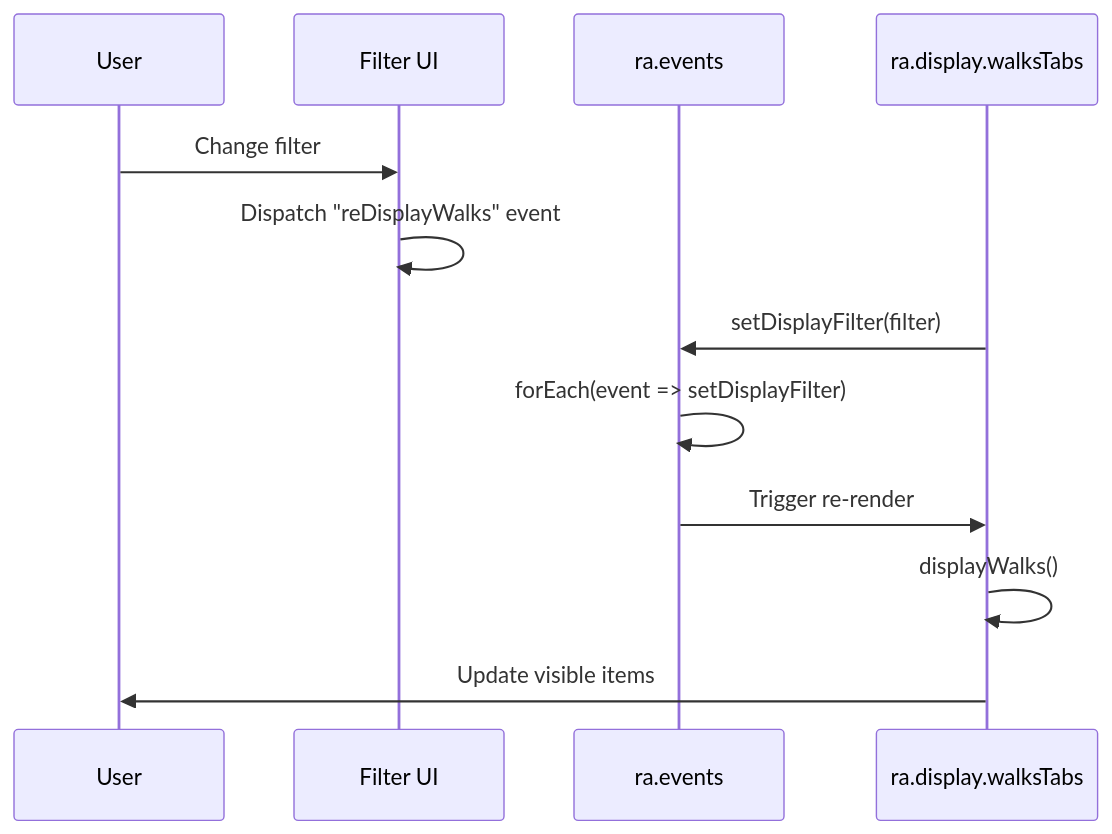
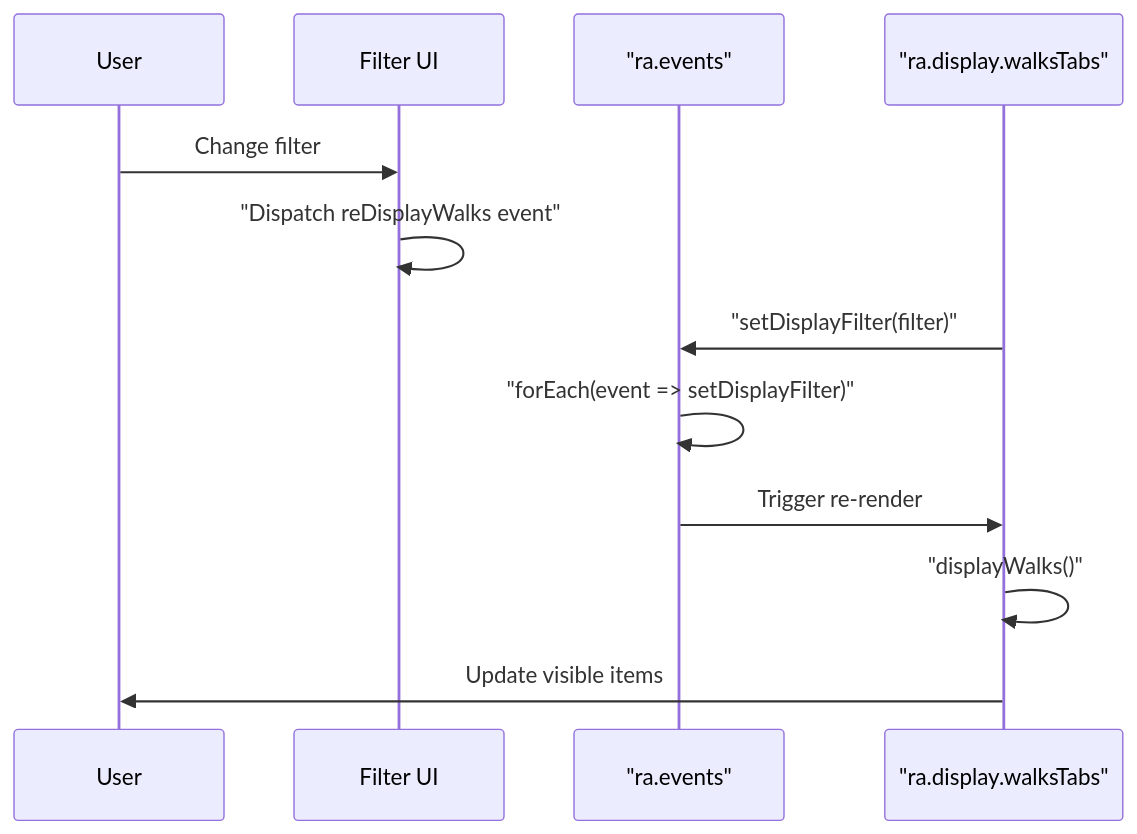
One commit to pauljrhodes/ramblers-library changed the fourth of 5 diagrams in media/jsonwalks/HLD.md. Above: the diagram before and after it, drawn with Mermaid. The commit also changed other lines of this file and 33 other files, not shown here.

First line of the commit message:
Normalize Mermaid diagrams for GitHub rendering (#13)

````diff
--- a/media/jsonwalks/HLD.md
+++ b/media/jsonwalks/HLD.md
@@ -249,15 +249,15 @@
 ```mermaid
 sequenceDiagram
     participant User as User
     participant FilterUI as Filter UI
-    participant Events as ra.events
-    participant WalksTabs as ra.display.walksTabs
+    participant Events as "ra.events"
+    participant WalksTabs as "ra.display.walksTabs"
 
     User->>FilterUI: Change filter
-    FilterUI->>FilterUI: Dispatch "reDisplayWalks" event
-    WalksTabs->>Events: setDisplayFilter(filter)
-    Events->>Events: forEach(event => setDisplayFilter)
+    FilterUI->>FilterUI: "Dispatch reDisplayWalks event"
+    WalksTabs->>Events: "setDisplayFilter(filter)"
+    Events->>Events: "forEach(event => setDisplayFilter)"
     Events->>WalksTabs: Trigger re-render
-    WalksTabs->>WalksTabs: displayWalks()
+    WalksTabs->>WalksTabs: "displayWalks()"
     WalksTabs->>User: Update visible items
 ```
````
